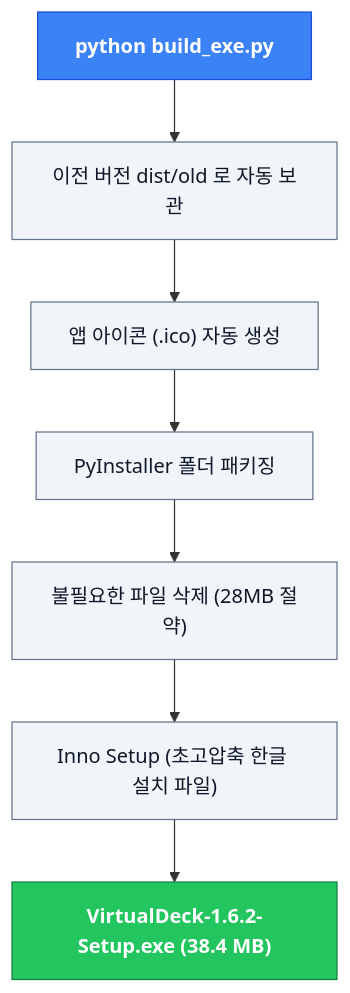
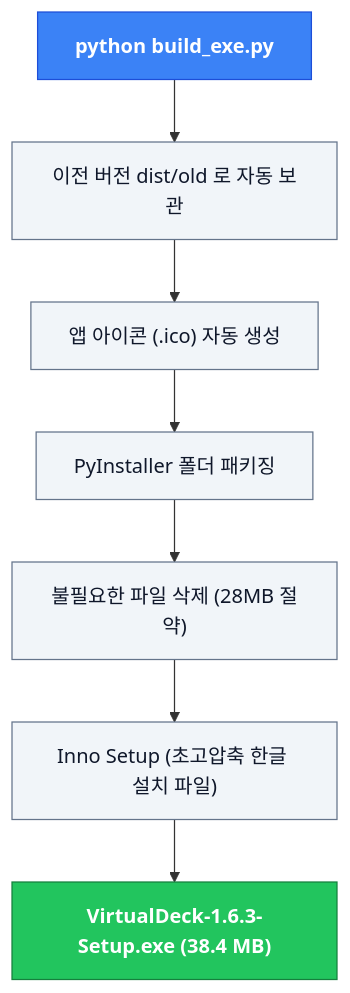
The seventh of 7 diagrams in README.md (sh11025/Virtual_Deck), drawn with Mermaid before and after one commit. The commit also changed other lines of this file and 17 other files, not shown here.

````diff
--- a/README.md
+++ b/README.md
@@ -310,13 +310,13 @@
 ```mermaid
 flowchart TD
     classDef head fill:#3b82f6,stroke:#1d4ed8,color:#ffffff,font-weight:bold;
     classDef box fill:#f1f5f9,stroke:#64748b,color:#0f172a;
     classDef done fill:#22c55e,stroke:#15803d,color:#ffffff,font-weight:bold;
 
     A["python build_exe.py"]:::head --> B["이전 버전 dist/old 로 자동 보관"]:::box
     B --> C["앱 아이콘 (.ico) 자동 생성"]:::box
     C --> D["PyInstaller 폴더 패키징"]:::box
     D --> E["불필요한 파일 삭제 (28MB 절약)"]:::box
     E --> F["Inno Setup (초고압축 한글 설치 파일)"]:::box
-    F --> G["VirtualDeck-1.6.2-Setup.exe (38.4 MB)"]:::done
+    F --> G["VirtualDeck-1.6.3-Setup.exe (38.4 MB)"]:::done
 ```
````
